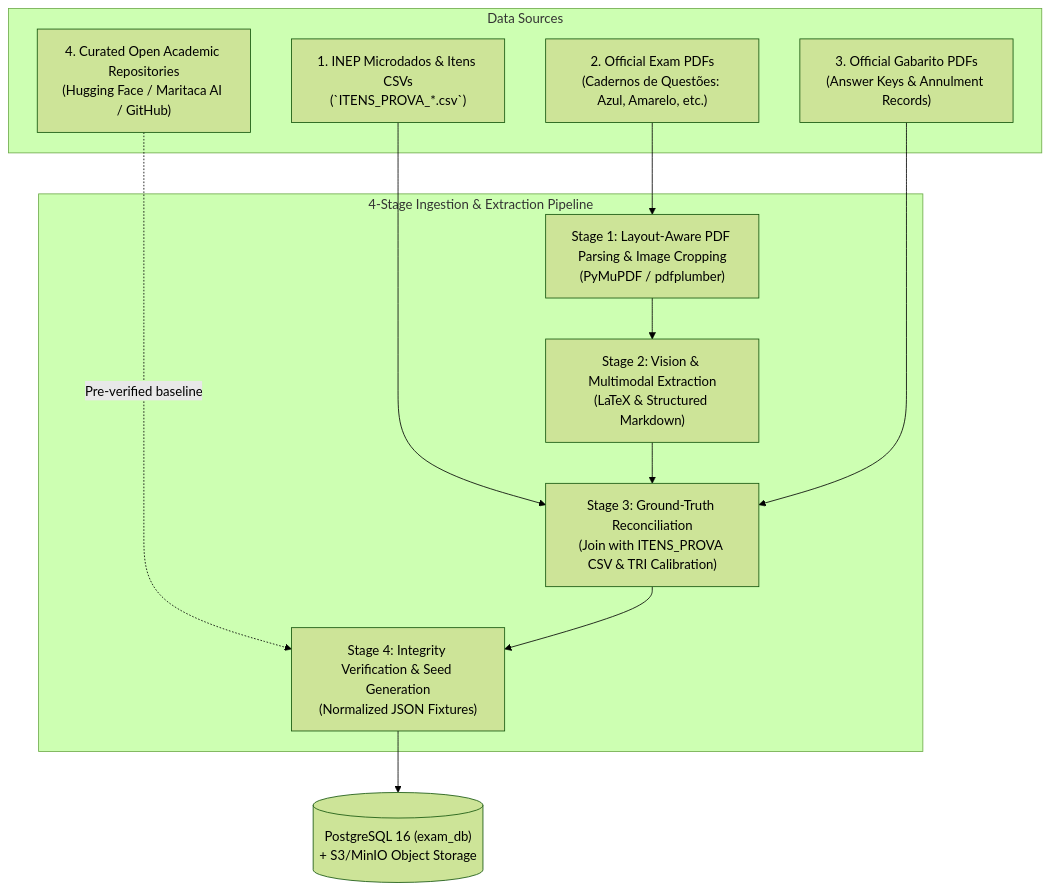
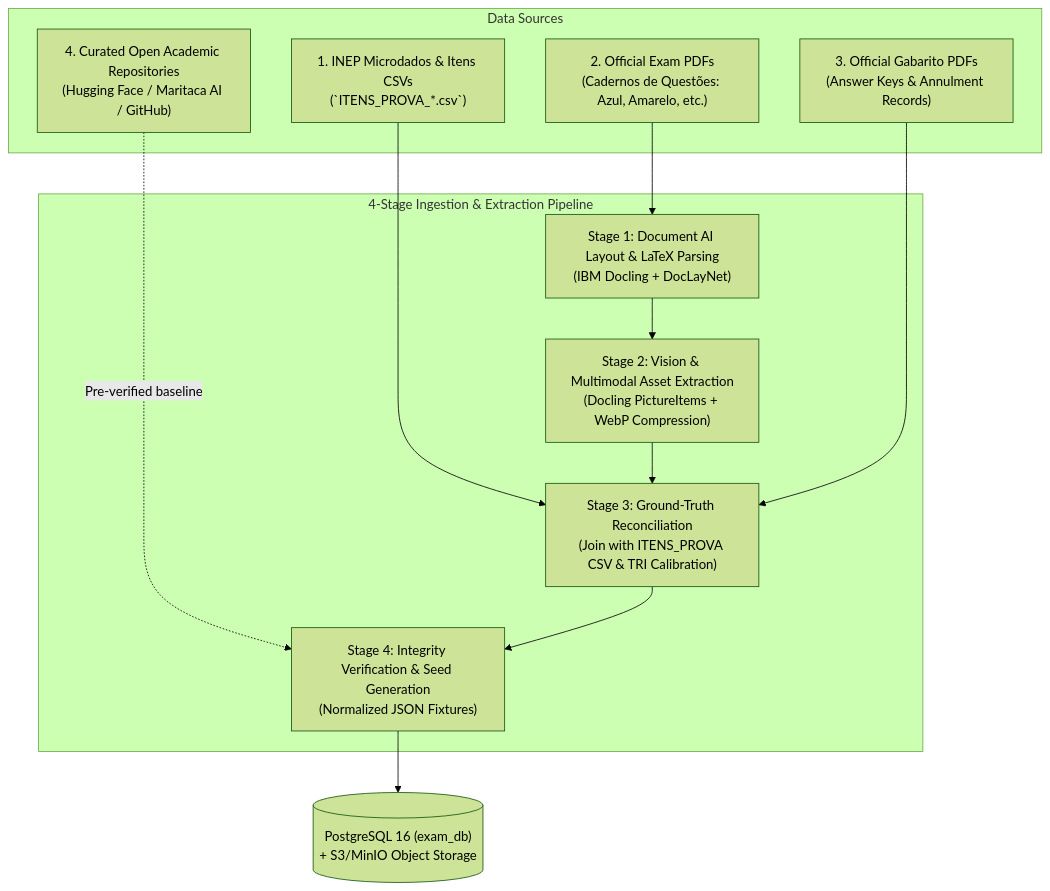
The first of 2 diagrams in docs/sprint-1/09-data-ingestion-pipeline.md (Veras-D/AprovaENEM), drawn with Mermaid (forest theme) before and after one commit. The commit also changed other lines of this file and 3 other files, not shown here.

Commit message:
docs(ingestion): adopt IBM Docling as primary Document AI parser for ENEM exam extraction

````diff
--- a/docs/sprint-1/09-data-ingestion-pipeline.md
+++ b/docs/sprint-1/09-data-ingestion-pipeline.md
@@ -17,25 +17,25 @@
 ```mermaid
 flowchart TD
     subgraph Sourcing ["Data Sources"]
         S1["1. INEP Microdados & Itens CSVs<br/>(`ITENS_PROVA_*.csv`)"]
         S2["2. Official Exam PDFs<br/>(Cadernos de Questões: Azul, Amarelo, etc.)"]
         S3["3. Official Gabarito PDFs<br/>(Answer Keys & Annulment Records)"]
         S4["4. Curated Open Academic Repositories<br/>(Hugging Face / Maritaca AI / GitHub)"]
     end
 
     subgraph Pipeline ["4-Stage Ingestion & Extraction Pipeline"]
-        P1["Stage 1: Layout-Aware PDF Parsing & Image Cropping<br/>(PyMuPDF / pdfplumber)"]
-        P2["Stage 2: Vision & Multimodal Extraction<br/>(LaTeX & Structured Markdown)"]
+        P1["Stage 1: Document AI Layout & LaTeX Parsing<br/>(IBM Docling + DocLayNet)"]
+        P2["Stage 2: Vision & Multimodal Asset Extraction<br/>(Docling PictureItems + WebP Compression)"]
         P3["Stage 3: Ground-Truth Reconciliation<br/>(Join with ITENS_PROVA CSV & TRI Calibration)"]
         P4["Stage 4: Integrity Verification & Seed Generation<br/>(Normalized JSON Fixtures)"]
     end
 
     S1 --> P3
     S2 --> P1
     P1 --> P2
     P2 --> P3
     S3 --> P3
     S4 -.->|Pre-verified baseline| P4
     P3 --> P4
     P4 --> DB[("PostgreSQL 16 (exam_db)<br/>+ S3/MinIO Object Storage")]
 ```
````
